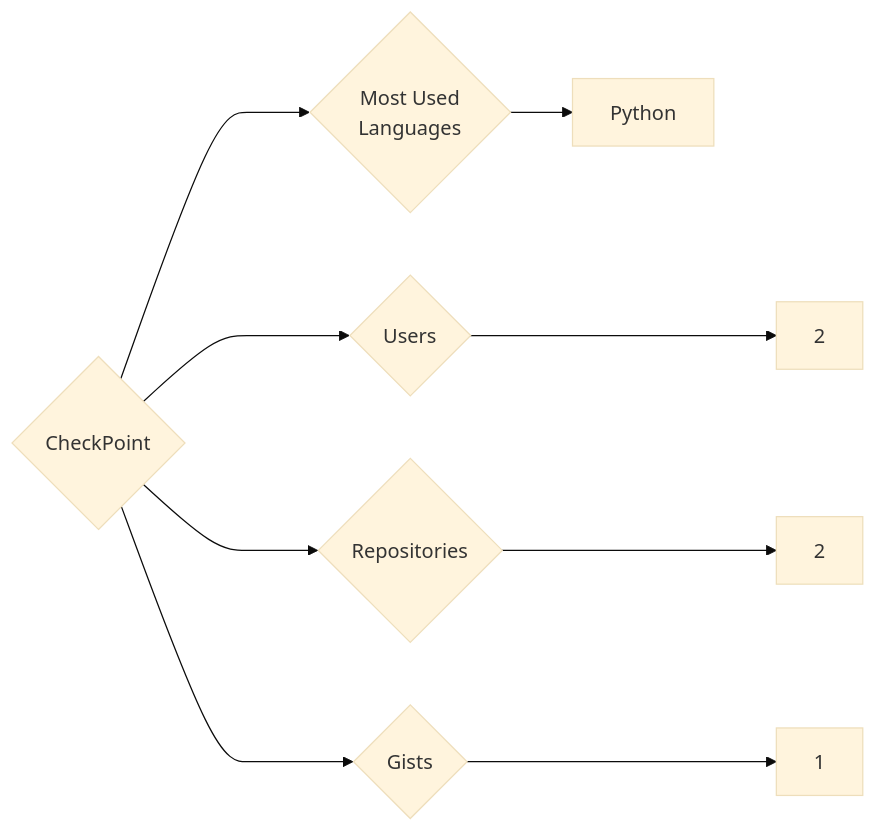
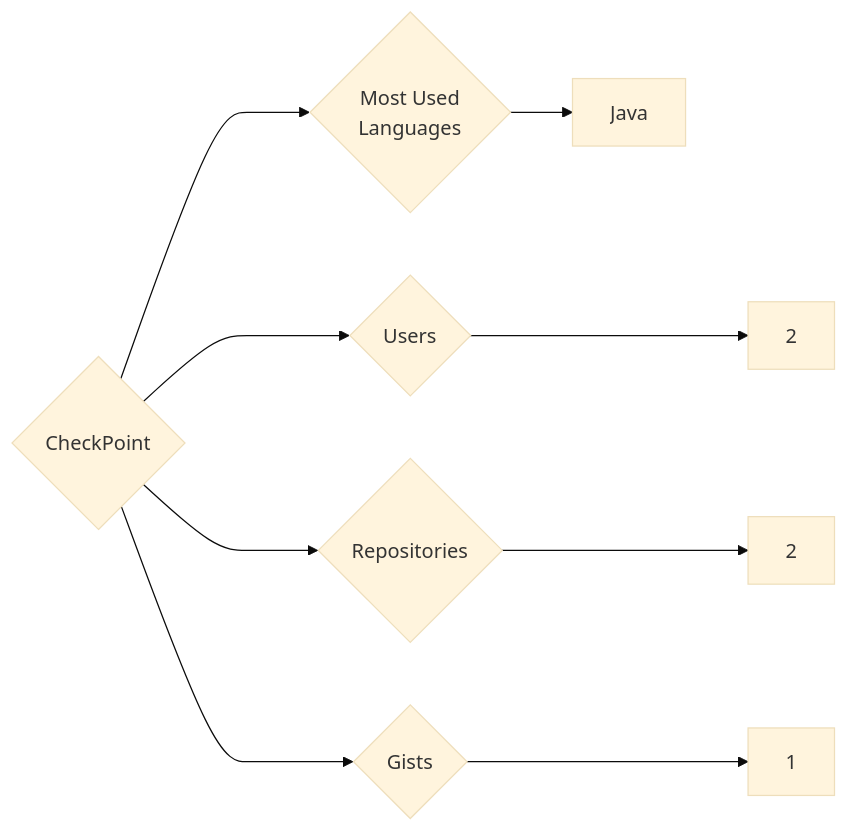
The diagram in targets/CheckPoint/README.md (trickest/insiders), drawn with Mermaid (base theme) before and after one commit. The commit also changed 861 other files, not shown here.

````diff
--- a/targets/CheckPoint/README.md
+++ b/targets/CheckPoint/README.md
@@ -3,9 +3,9 @@
 ```mermaid
 graph LR
 COMPANY_NAME{CheckPoint}
 COMPANY_NAME ---> U{Users} ---> UN[2]
 COMPANY_NAME ---> R{Repositories} ---> RN[2]
 COMPANY_NAME ---> G{Gists} ---> GN[1]
 COMPANY_NAME ---> ML{Most Used<br>Languages}
-ML --> Python[Python]
+ML --> Java[Java]
 ```
````
